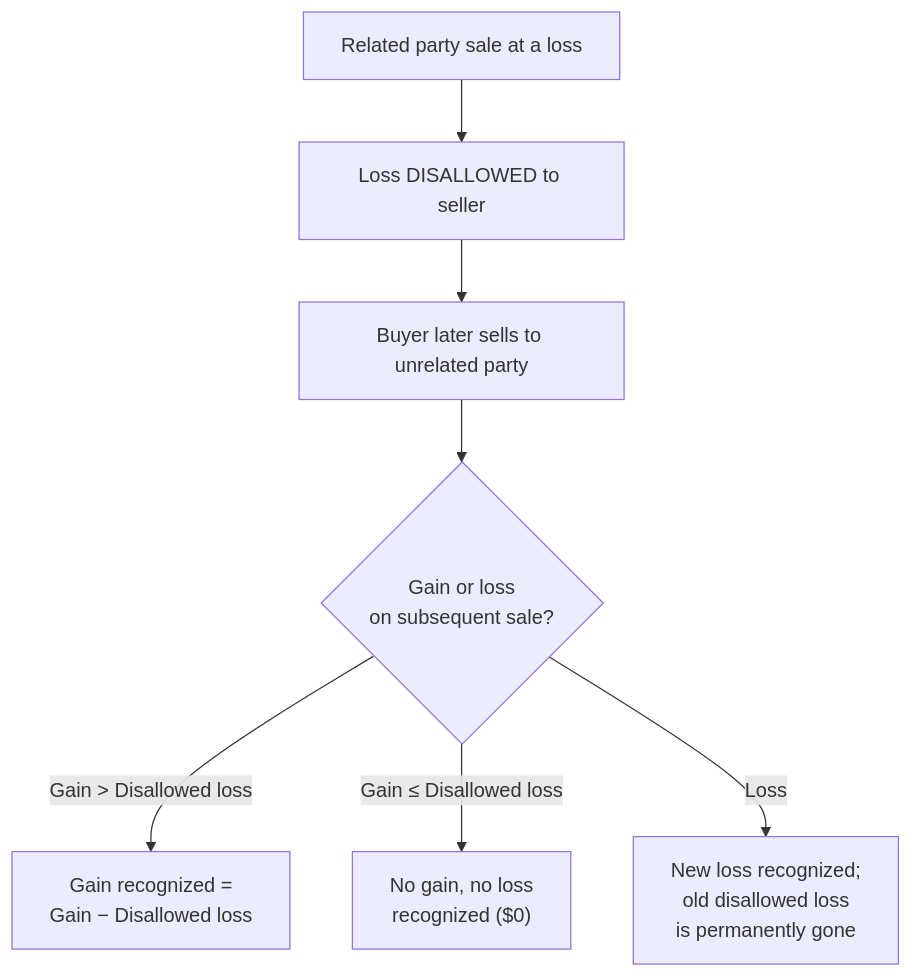
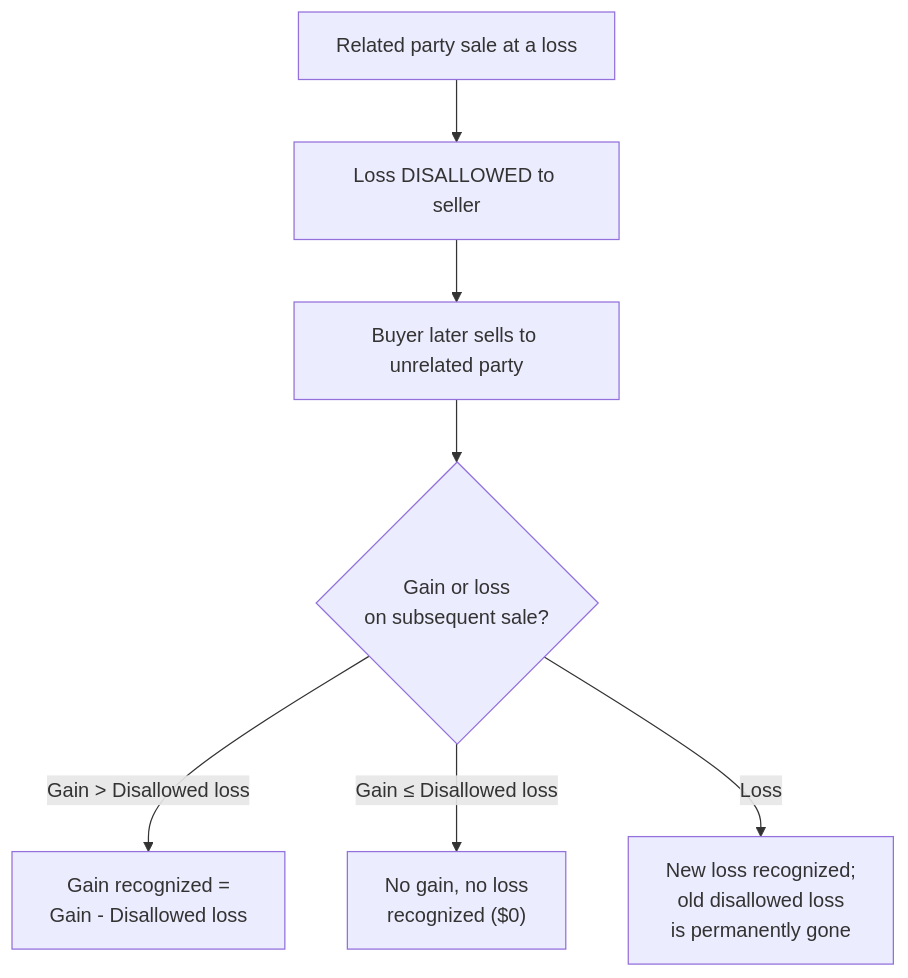
The diagram in docs/tcp/property-transactions/related-party-transactions.md (subwaymatch/cpabear-book), drawn with Mermaid before and after one commit. The commit also changed other lines of this file and 222 other files, not shown here.

````diff
--- a/docs/tcp/property-transactions/related-party-transactions.md
+++ b/docs/tcp/property-transactions/related-party-transactions.md
@@ -159,9 +159,9 @@
 ```mermaid
 flowchart TD
     A["Related party sale at a loss"] --> B["Loss DISALLOWED to seller"]
     B --> C["Buyer later sells to unrelated party"]
     C --> D{"Gain or loss<br/>on subsequent sale?"}
-    D -->|"Gain > Disallowed loss"| E["Gain recognized =<br/>Gain − Disallowed loss"]
+    D -->|"Gain > Disallowed loss"| E["Gain recognized =<br/>Gain - Disallowed loss"]
     D -->|"Gain ≤ Disallowed loss"| F["No gain, no loss<br/>recognized ($0)"]
     D -->|"Loss"| G["New loss recognized;<br/>old disallowed loss<br/>is permanently gone"]
 ```
````
